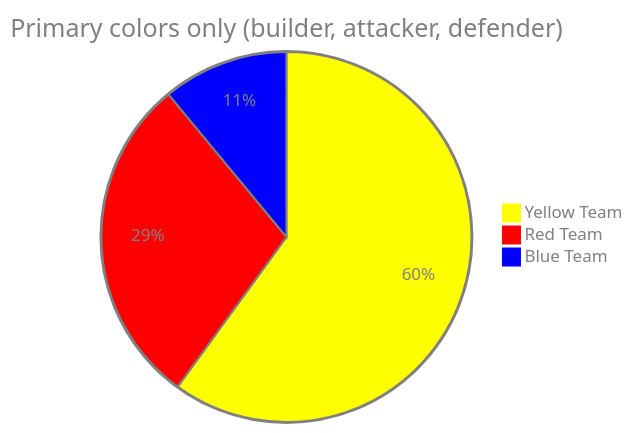
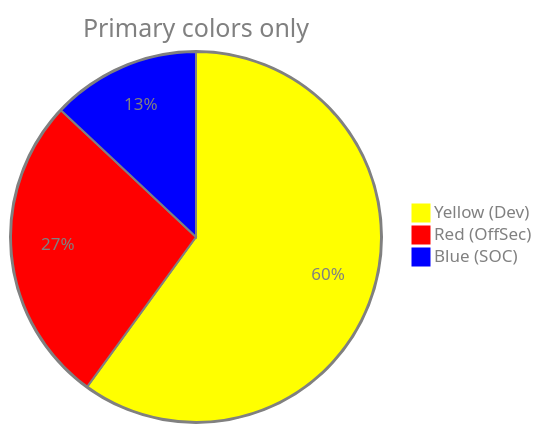
Before and after one commit to felickz/felickz: the second of 3 diagrams in README-colorwheel.md, drawn with Mermaid. The commit also changed other lines of this file, not shown here.

````diff
--- a/README-colorwheel.md
+++ b/README-colorwheel.md
@@ -28,8 +28,8 @@
 ```mermaid
 %%{init: {'theme': 'base', 'themeVariables': { 'pie1': '#FFFF00', 'pie2': '#ff0000', 'pie3': '#0000FF', 'pieOpacity': '1', 'pieStrokeColor': '#808080', 'pieOuterStrokeColor': '#808080', 'pieTitleTextColor': '#808080', 'pieLegendTextColor': '#808080', 'pieSectionTextColor': '#808080'}}}%%
 pie
-  title Primary colors only (builder, attacker, defender)
-  "Yellow Team" : 60
-  "Red Team" : 29
-  "Blue Team" : 11
+  title Primary colors only
+  "Yellow (Dev)" : 60
+  "Red (OffSec)" : 27
+  "Blue (SOC)" : 13
 ```
````
